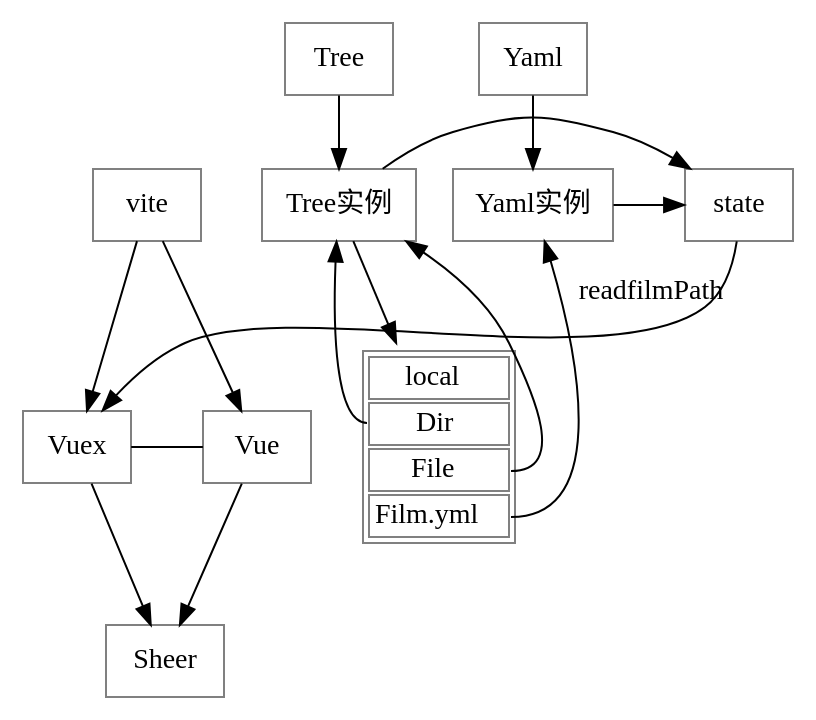
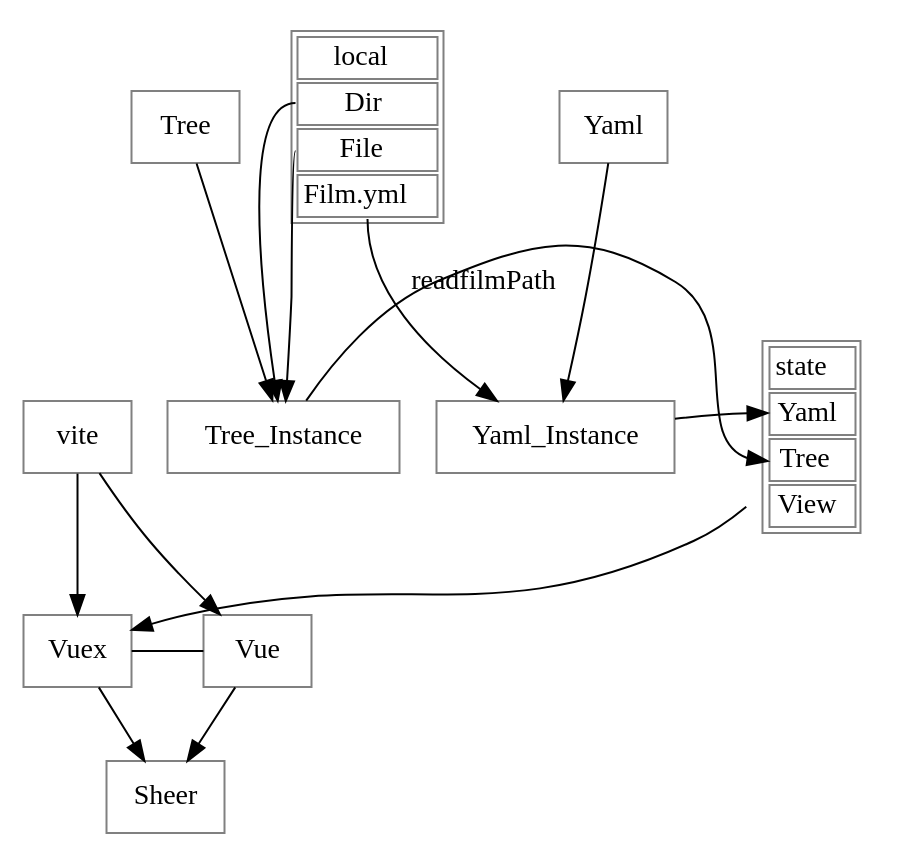
The diagram in construct.dot (WingDust/Sheer), drawn with Graphviz before and after one commit. The commit also changed 8 other files, not shown here.

```diff
--- a/construct.dot
+++ b/construct.dot
@@ -1,61 +1,79 @@
 digraph construct {
     node [color=gray,shape=box];
     {rank=max;Sheer}
 
     local [
         shape = plaintext
         label =<
         <table border='1' cellborder='1'>
             <tr><td colspan="1">local</td></tr>
              <tr>
              <td port='port_one'>Dir</td>
             </tr>
              <tr>
              <td port='port_two'>File</td>
             </tr>
              <tr>
              <td port='port_three'>Film.yml</td>
             </tr>
         </table>
         >
     ];
-    // dir [label="dir"];
-    // file [label="file"];
+    state [
+        shape = plaintext
+        label =<
+        <table border='1' cellborder='1'>
+            <tr><td colspan="1">state</td></tr>
+             <tr>
+             <td port='port_one'>Yaml</td>
+            </tr>
+             <tr>
+             <td port='port_two'>Tree</td>
+            </tr>
+             <tr>
+             <td port='port_three'>View</td>
+            </tr>
+        </table>
+        >
+    ];
+    subgraph cluster_Init{
+        label = "Init";
+        Tree_Instance ;
+        Yaml_Instance;
+    }
 
     subgraph dependencies{
         // label="asd";
         // labelloc= "t";
         Vue;
         Vuex;
     }
     { rank=same; Vue Vuex };
     Vuex -> Vue[arrowhead=none];
     Vuex -> {Sheer};
     state -> Vuex;
     Vue -> Sheer ;
     vite -> Vue;
     vite -> Vuex;
 
     // subgraph cluster_p{
     subgraph cluster_datastructure{
         // label="ad";
         Tree
         Yaml
     }
+    // { rank=  };
     { rank=same; Tree Yaml };
-    { rank=same; Tree实例 Yaml实例 state};
-    Tree -> Tree实例;
-    Yaml -> Yaml实例;
-    {Yaml实例,Tree实例} -> state;
-    Tree实例 -> local
-    // subgraph cluster_p{
-    //     a;
-    //     b;
-    // }
+    { rank=same; Tree_Instance Yaml_Instance state};
+    Tree -> Tree_Instance;
+    Yaml -> Yaml_Instance;
+    {Tree_Instance} -> state:port_two;
+    Yaml_Instance -> state:port_one;
+    // Tree_Instance -> local
 
-    local:port_one -> Tree实例;
-    local:port_two -> Tree实例;
-    local:port_three -> Yaml实例[label="readfilmPath"];
+    local:port_one -> Tree_Instance;
+    local:port_two -> Tree_Instance;
+    local:port_three -> Yaml_Instance[label="readfilmPath"];
 
 
 }
```
